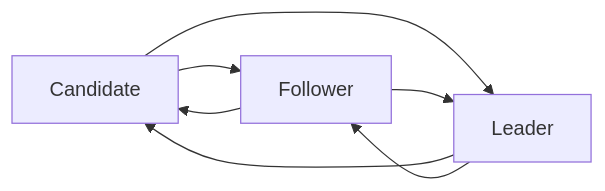
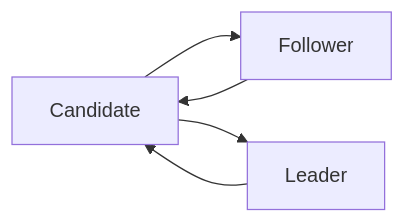
The second of 2 diagrams in doc/overview/consensus/index.rst (microsoft/CCF), drawn with Mermaid before and after one commit.

Commit message:
Fix leadership diagram

```diff
--- a/doc/overview/consensus/index.rst
+++ b/doc/overview/consensus/index.rst
@@ -57,9 +57,7 @@
 .. mermaid::
 
     graph LR;        
         Candidate-->Follower;
         Candidate-->Leader;
         Leader-->Candidate;
-        Follower-->Candidate;
-        Leader-->Follower;
-        Follower-->Leader;
+        Follower-->Candidate;        
```
